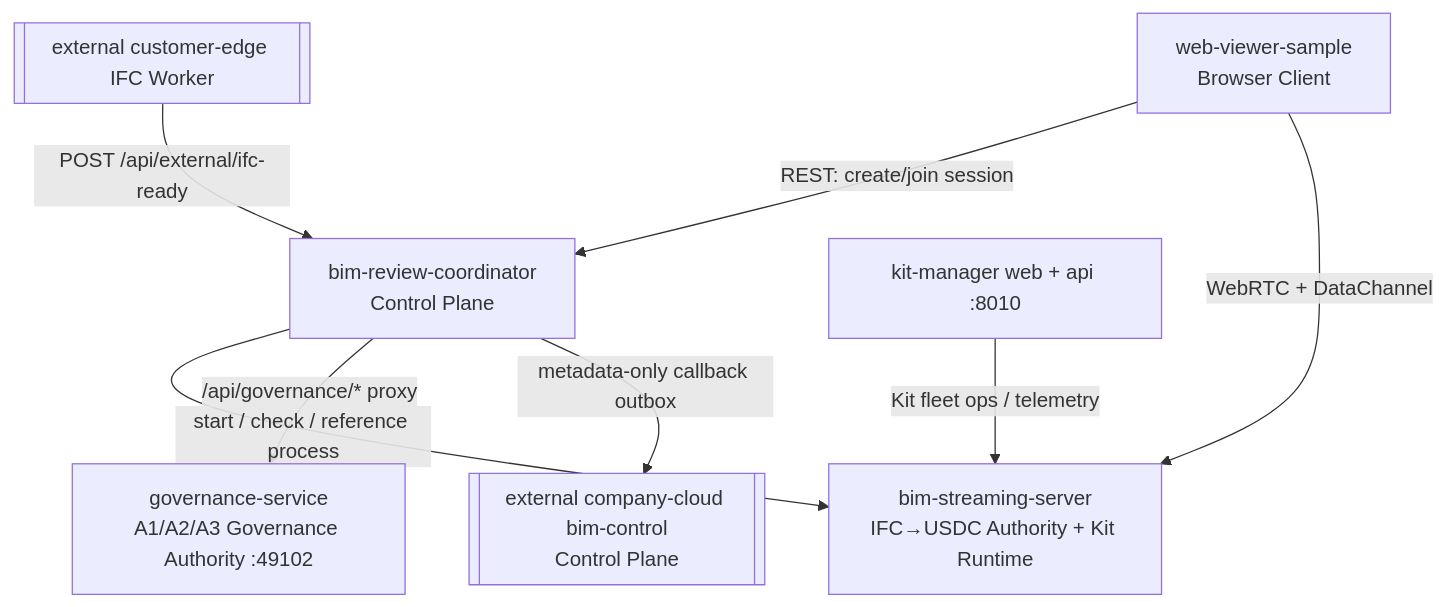
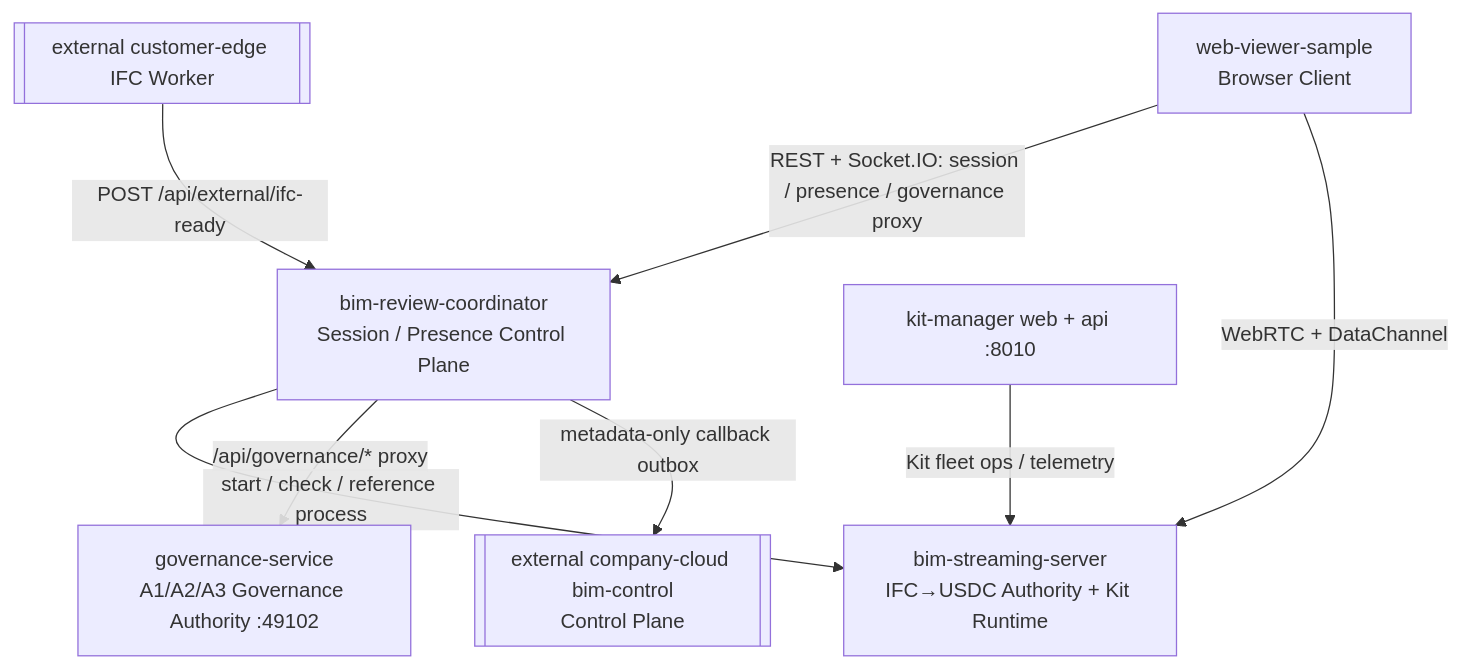
One commit to monkey1sai/AI-BIM-governance changed the first of 2 diagrams in docs/agents/repo-boundary-detail.md. Above: the diagram before and after it, drawn with Mermaid. The commit also changed other lines of this file and 66 other files, not shown here.

````diff
--- a/docs/agents/repo-boundary-detail.md
+++ b/docs/agents/repo-boundary-detail.md
@@ -34,18 +34,18 @@
 ```mermaid
 flowchart TD
-  CO[bim-review-coordinator<br/>Control Plane]
+  CO[bim-review-coordinator<br/>Session / Presence Control Plane]
   KIT[bim-streaming-server<br/>IFC→USDC Authority + Kit Runtime]
   GOV[governance-service<br/>A1/A2/A3 Governance Authority :49102]
   CLOUD[[external company-cloud bim-control<br/>Control Plane]]
   EDGE[[external customer-edge IFC Worker]]
   WV[web-viewer-sample<br/>Browser Client]
   KM[kit-manager web + api :8010]
 
   EDGE -->|POST /api/external/ifc-ready| CO
   CO -->|start / check / reference process| KIT
   CO -->|/api/governance/* proxy| GOV
   CO -->|metadata-only callback outbox| CLOUD
-  WV -->|REST: create/join session| CO
+  WV -->|REST + Socket.IO: session / presence / governance proxy| CO
   WV -->|WebRTC + DataChannel| KIT
   KM -->|Kit fleet ops / telemetry| KIT
 ```
````
